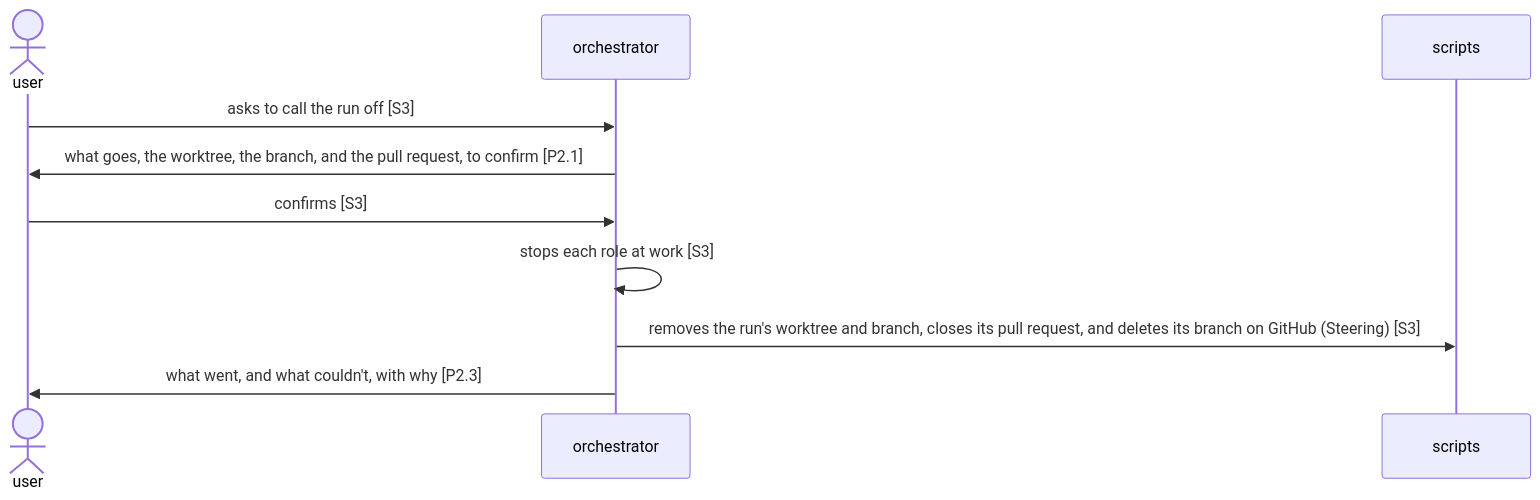
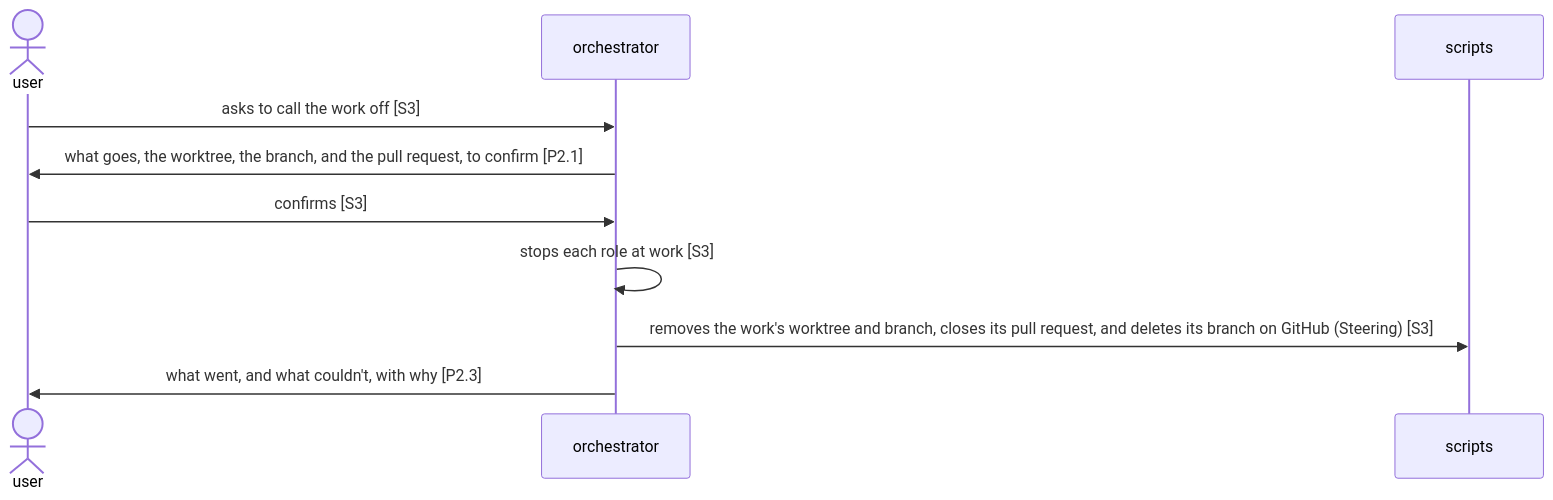
The third of 3 diagrams in dev/rn/architecture.md (lovaizu/ccpm), drawn with Mermaid before and after one commit. The commit also changed other lines of this file and 53 other files, not shown here.

First line of the commit message:
rn: call one piece of rn's work a work, in place of the noun run

````diff
--- a/dev/rn/architecture.md
+++ b/dev/rn/architecture.md
@@ -356,12 +356,12 @@
 ```mermaid
 sequenceDiagram
   actor U as user
   participant O as orchestrator
   participant S as scripts
-  U->>O: asks to call the run off [S3]
+  U->>O: asks to call the work off [S3]
   O->>U: what goes, the worktree, the branch, and the pull request, to confirm [P2.1]
   U->>O: confirms [S3]
   O->>O: stops each role at work [S3]
-  O->>S: removes the run's worktree and branch, closes its pull request, and deletes its branch on GitHub (Steering) [S3]
+  O->>S: removes the work's worktree and branch, closes its pull request, and deletes its branch on GitHub (Steering) [S3]
   O->>U: what went, and what couldn't, with why [P2.3]
 ```
````
